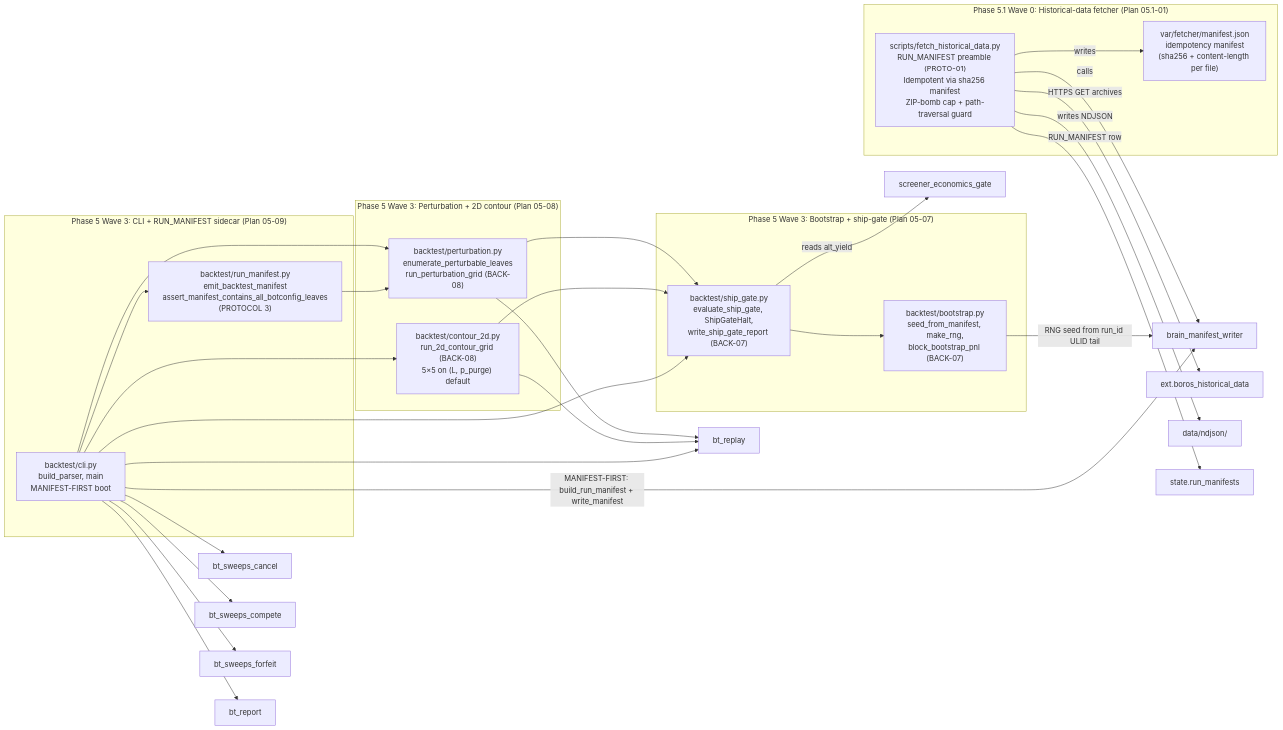
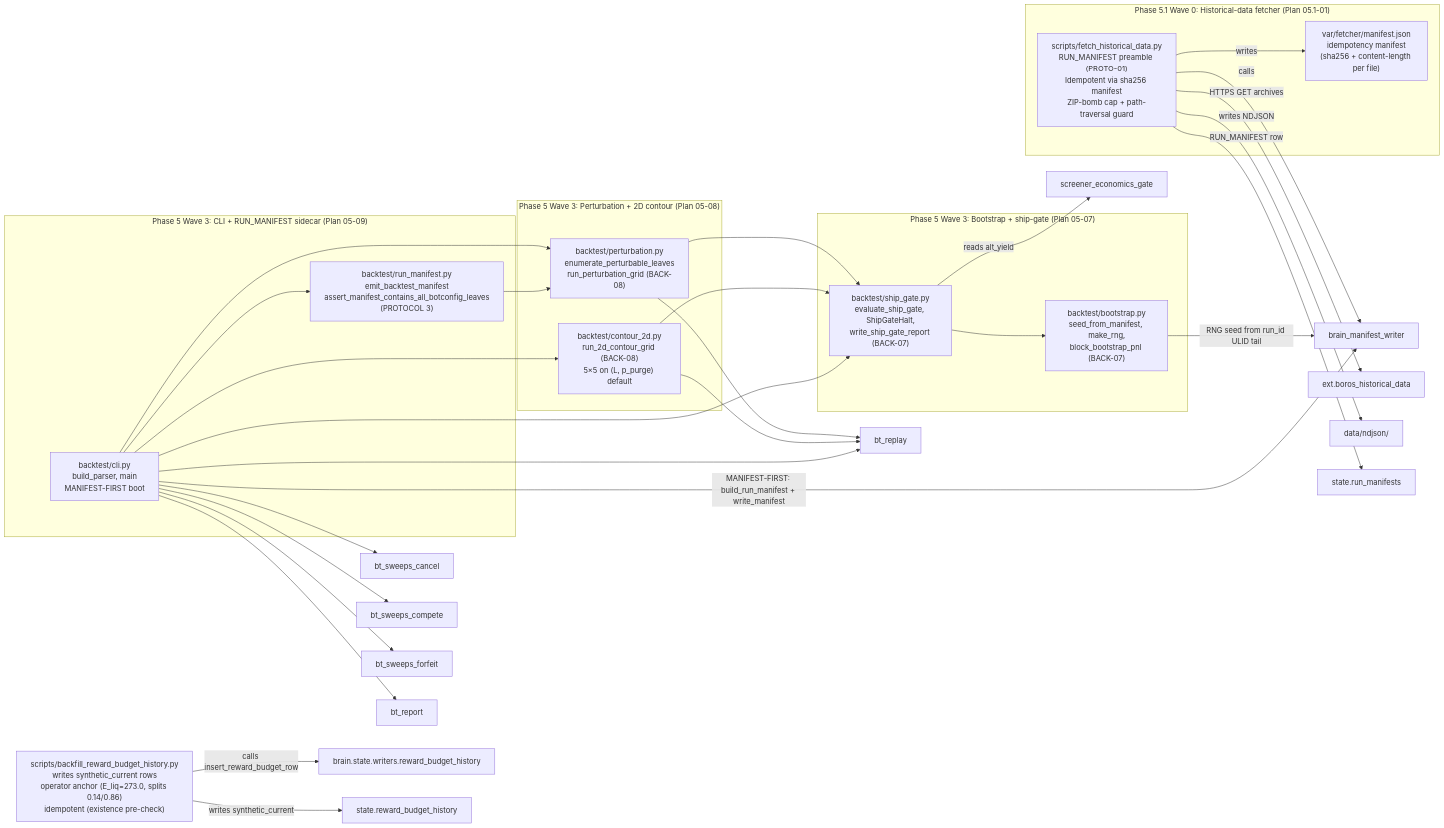
The eighth of 8 diagrams in docs/ARCHITECTURE.md (atiredbrudda/boros), drawn with Mermaid before and after one commit. The commit also changed other lines of this file and 1 other file, not shown here.

````diff
--- a/docs/ARCHITECTURE.md
+++ b/docs/ARCHITECTURE.md
@@ -746,53 +746,58 @@
 ```mermaid
 flowchart LR
     subgraph phase5_wave3_shipgate["Phase 5 Wave 3: Bootstrap + ship-gate (Plan 05-07)"]
         bt_bootstrap["backtest/bootstrap.py<br/>seed_from_manifest, make_rng,<br/>block_bootstrap_pnl (BACK-07)"]
         bt_ship_gate["backtest/ship_gate.py<br/>evaluate_ship_gate, ShipGateHalt,<br/>write_ship_gate_report (BACK-07)"]
     end
 
     %% Phase 5 Wave 3 ship-gate wiring (Plan 05-07)
     bt_ship_gate --> bt_bootstrap
     bt_bootstrap -- "RNG seed from run_id ULID tail" --> brain_manifest_writer
     bt_ship_gate -- "reads alt_yield" --> screener_economics_gate
 
     subgraph phase5_wave3_perturbation["Phase 5 Wave 3: Perturbation + 2D contour (Plan 05-08)"]
         bt_perturbation["backtest/perturbation.py<br/>enumerate_perturbable_leaves<br/>run_perturbation_grid (BACK-08)"]
         bt_contour_2d["backtest/contour_2d.py<br/>run_2d_contour_grid (BACK-08)<br/>5×5 on (L, p_purge) default"]
     end
 
     %% Phase 5 Wave 3 perturbation wiring (Plan 05-08)
     bt_perturbation --> bt_replay
     bt_perturbation --> bt_ship_gate
     bt_contour_2d --> bt_replay
     bt_contour_2d --> bt_ship_gate
 
     subgraph phase5_wave3_cli["Phase 5 Wave 3: CLI + RUN_MANIFEST sidecar (Plan 05-09)"]
         bt_cli["backtest/cli.py<br/>build_parser, main<br/>MANIFEST-FIRST boot"]
         bt_run_manifest["backtest/run_manifest.py<br/>emit_backtest_manifest<br/>assert_manifest_contains_all_botconfig_leaves<br/>(PROTOCOL 3)"]
     end
 
     %% Phase 5 Wave 3 CLI wiring (Plan 05-09)
     bt_cli -- "MANIFEST-FIRST: build_run_manifest + write_manifest" --> brain_manifest_writer
     bt_cli --> bt_run_manifest
     bt_cli --> bt_replay
     bt_cli --> bt_sweeps_cancel
     bt_cli --> bt_sweeps_compete
     bt_cli --> bt_sweeps_forfeit
     bt_cli --> bt_perturbation
     bt_cli --> bt_contour_2d
     bt_cli --> bt_ship_gate
     bt_cli --> bt_report
     bt_run_manifest --> bt_perturbation
 
     subgraph phase05_1_fetcher["Phase 5.1 Wave 0: Historical-data fetcher (Plan 05.1-01)"]
         fetch_script["scripts/fetch_historical_data.py<br/>RUN_MANIFEST preamble (PROTO-01)<br/>Idempotent via sha256 manifest<br/>ZIP-bomb cap + path-traversal guard"]
         fetcher_manifest["var/fetcher/manifest.json<br/>idempotency manifest<br/>(sha256 + content-length per file)"]
     end
 
     %% Phase 5.1 fetcher wiring (Plan 05.1-01)
     fetch_script -- "HTTPS GET archives" --> ext_boros_historical[ext.boros_historical_data]
     fetch_script -- "writes NDJSON" --> data_ndjson[data/ndjson/]
     fetch_script -- "writes" --> fetcher_manifest
     fetch_script -- "RUN_MANIFEST row" --> state_run_manifests[state.run_manifests]
     fetch_script -- "calls" --> brain_manifest_writer
+
+    %% Phase 5.1 reward_budget_history backfill (debug session reward-budget-history-empty 2026-04-27)
+    backfill_rb["scripts/backfill_reward_budget_history.py<br/>writes synthetic_current rows<br/>operator anchor (E_liq=273.0, splits 0.14/0.86)<br/>idempotent (existence pre-check)"]
+    backfill_rb -- "calls insert_reward_budget_row" --> brain_state_writers_reward_budget_history[brain.state.writers.reward_budget_history]
+    backfill_rb -- "writes synthetic_current" --> state_reward_budget_history[state.reward_budget_history]
 ```
````
